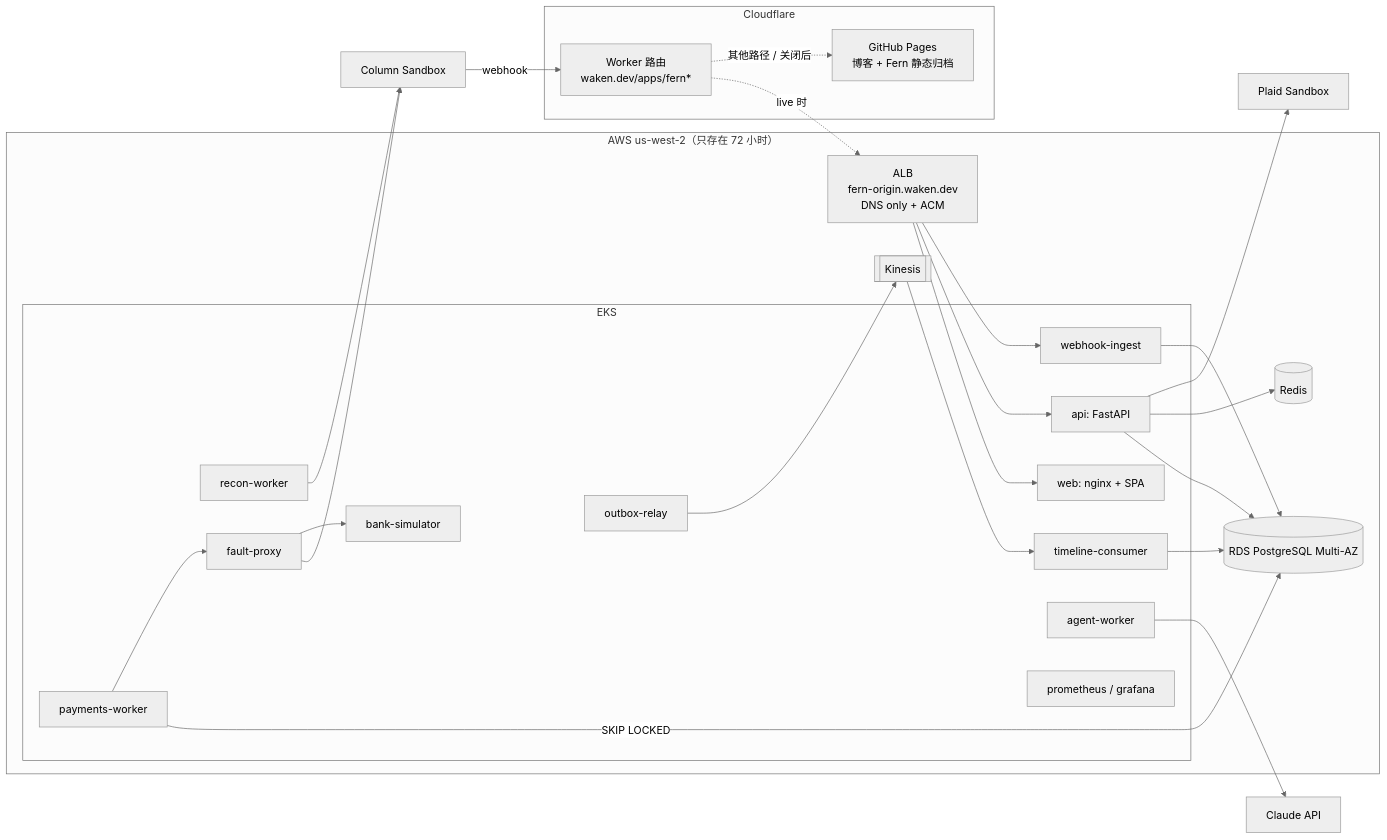
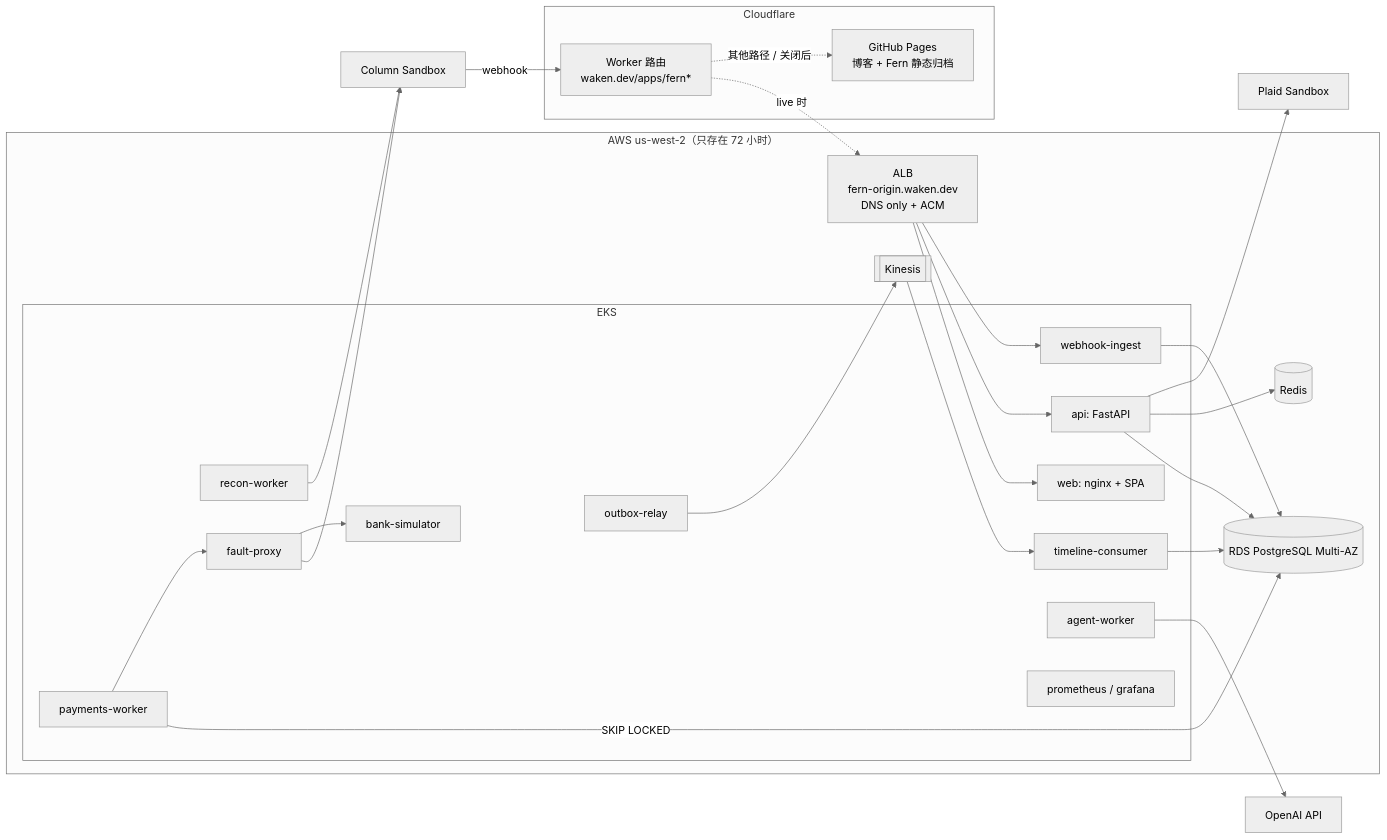
One commit to wakenmeng/fern changed the diagram in docs/DESIGN.md. Above: the diagram before and after it, drawn with Mermaid (neutral theme). The commit also changed other lines of this file and 15 other files, not shown here.

First line of the commit message:
Demo UI on the real API, AI report on OpenAI, and a fix for a DB pool deadlock

````diff
--- a/docs/DESIGN.md
+++ b/docs/DESIGN.md
@@ -120,42 +120,42 @@
 ```mermaid
 flowchart LR
   subgraph Cloudflare
     CF[Worker 路由<br/>waken.dev/apps/fern*]
     GH[GitHub Pages<br/>博客 + Fern 静态归档]
   end
   subgraph AWS["AWS us-west-2（只存在 72 小时）"]
     ALB[ALB<br/>fern-origin.waken.dev<br/>DNS only + ACM]
     subgraph EKS
       WEB[web: nginx + SPA]
       API[api: FastAPI]
       HOOK[webhook-ingest]
       PAY[payments-worker]
       RELAY[outbox-relay]
       TL[timeline-consumer]
       RECON[recon-worker]
       AGENT[agent-worker]
       PROXY[fault-proxy]
       SIM[bank-simulator]
       OBS[prometheus / grafana]
     end
     PG[(RDS PostgreSQL Multi-AZ)]
     RD[(Redis)]
     KIN[[Kinesis]]
   end
   INC[Column Sandbox]
   PLAID[Plaid Sandbox]
-  LLM[Claude API]
+  LLM[OpenAI API]
 
   CF -. live 时 .-> ALB
   CF -. 其他路径 / 关闭后 .-> GH
   ALB --> WEB & API & HOOK
   API --> PG & RD & PLAID
   PAY -- SKIP LOCKED --> PG
   PAY --> PROXY --> INC
   PROXY --> SIM
   INC -- webhook --> CF
   HOOK --> PG
   RELAY --> KIN --> TL --> PG
   RECON --> INC
   AGENT --> LLM
 ```
````
